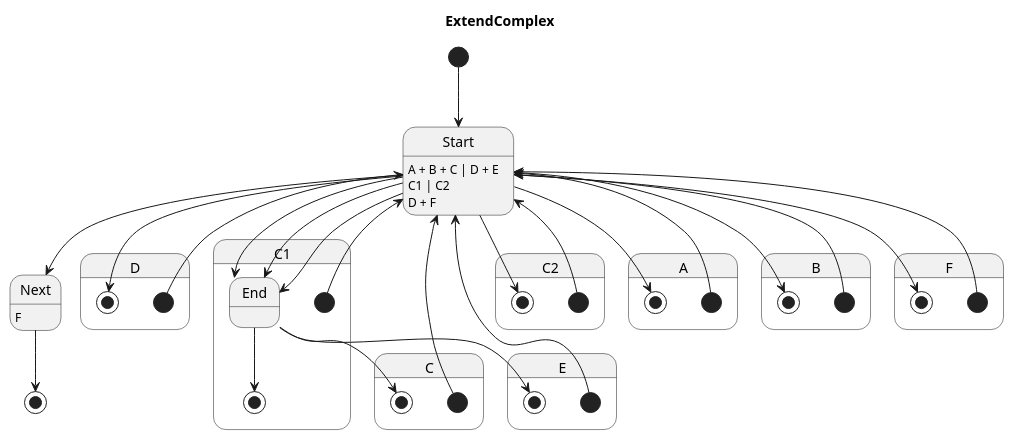
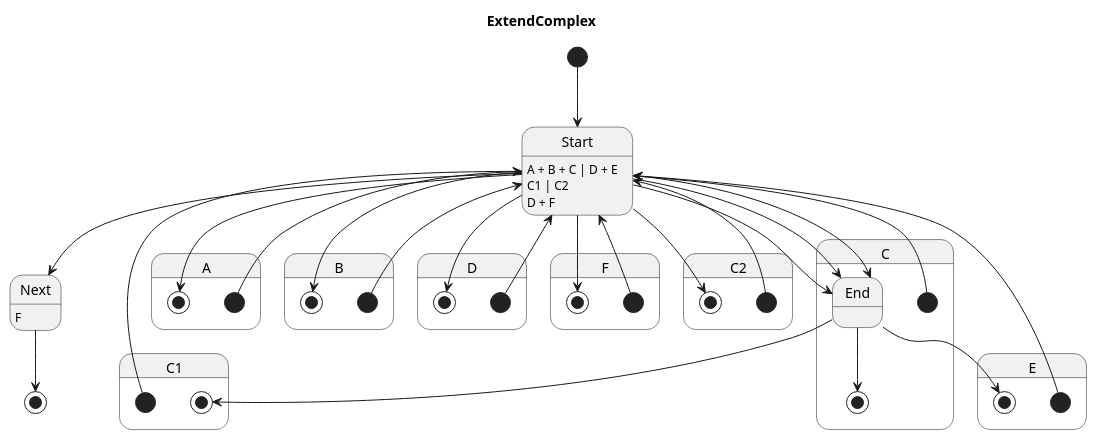
One commit to Pastor/Takt changed the diagram in examples/generated/plantuml/extend_complex.puml. Above: the diagram before and after it, drawn with PlantUML. The commit also changed other lines of this file and 9 other files, not shown here.

```diff
--- a/examples/generated/plantuml/extend_complex.puml
+++ b/examples/generated/plantuml/extend_complex.puml
@@ -1,55 +1,55 @@
 @startuml
 title ExtendComplex
 
 [*] --> Start
 Next : F
 Next --> [*]
 Start : A + B + C | D + E
 Start --> Next
 
-state D {
+state C {
+    [*] --> Start
+    Start : C1 | C2
+    Start --> End
+    End --> [*]
+}
+
+state A {
     [*] --> Start
     Start --> [*]
 }
 
 state C1 {
     [*] --> Start
+    End --> [*]
     Start --> End
-    End --> [*]
 }
 
-state C2 {
+state B {
     [*] --> Start
     Start --> [*]
 }
 
-state C {
+state D {
     [*] --> Start
-    End --> [*]
-    Start : C1 | C2
-    Start --> End
+    Start --> [*]
 }
 
-state A {
+state F {
+    [*] --> Start
+    Start --> [*]
+}
+
+state C2 {
     [*] --> Start
     Start --> [*]
 }
 
 state E {
     [*] --> Start
     Start : D + F
     Start --> End
     End --> [*]
 }
 
-state B {
-    [*] --> Start
-    Start --> [*]
-}
-
-state F {
-    [*] --> Start
-    Start --> [*]
-}
-
 @enduml
```
